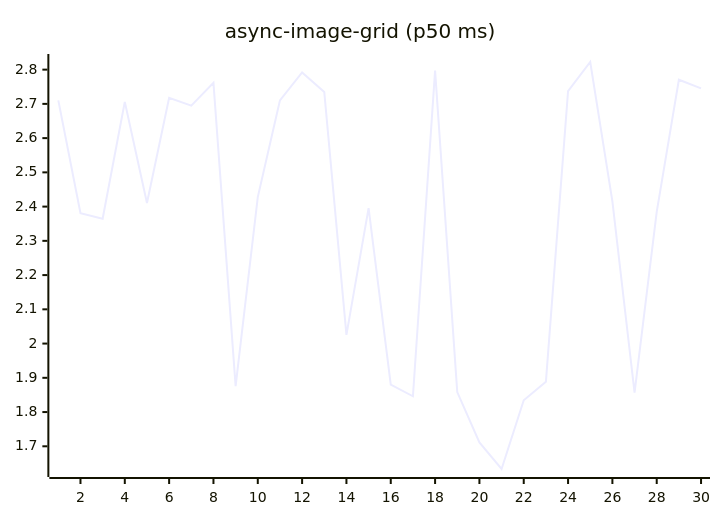
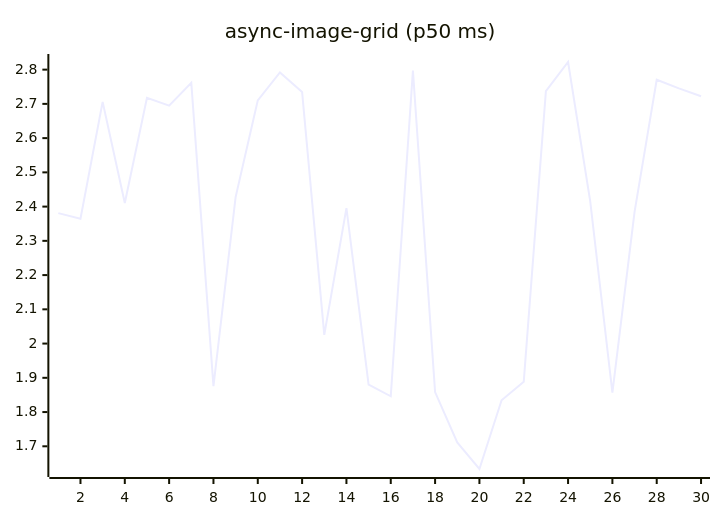
One commit to josha/Facet changed the fifth of 27 diagrams in README.md. Above: the diagram before and after it, drawn with Mermaid. The commit also changed other lines of this file and 2 other files, not shown here.

````diff
--- a/README.md
+++ b/README.md
@@ -91,6 +91,6 @@
 ```mermaid
 xychart-beta
     title "async-image-grid (p50 ms)"
     x-axis 1 --> 30
-    line [2.7103, 2.3810, 2.3646, 2.7059, 2.4103, 2.7175, 2.6949, 2.7614, 1.8756, 2.4277, 2.7103, 2.7919, 2.7346, 2.0254, 2.3955, 1.8801, 1.8461, 2.7970, 1.8583, 1.7113, 1.6337, 1.8346, 1.8885, 2.7375, 2.8223, 2.4153, 1.8565, 2.3845, 2.7705, 2.7451]
+    line [2.3810, 2.3646, 2.7059, 2.4103, 2.7175, 2.6949, 2.7614, 1.8756, 2.4277, 2.7103, 2.7919, 2.7346, 2.0254, 2.3955, 1.8801, 1.8461, 2.7970, 1.8583, 1.7113, 1.6337, 1.8346, 1.8885, 2.7375, 2.8223, 2.4153, 1.8565, 2.3845, 2.7705, 2.7451, 2.7222]
 ```
````
